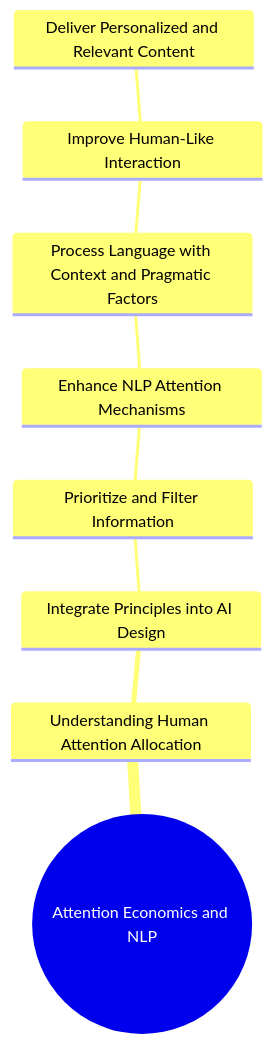
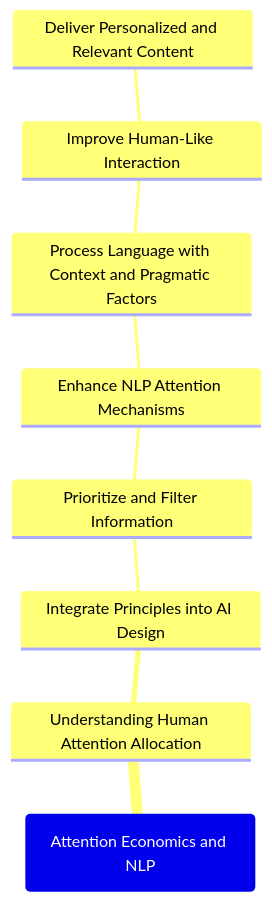
Before and after one commit to antomon/antomon.github.io: the sixth of 6 diagrams in posts/attentions/index.qmd, drawn with Mermaid. The commit also changed other lines of this file and 6 other files, not shown here.

````diff
--- a/posts/attentions/index.qmd
+++ b/posts/attentions/index.qmd
@@ -188,11 +188,11 @@
 ```{mermaid}
 mindmap
-  root((Attention Economics and NLP))
+  root(Attention Economics and NLP)
     Understanding Human Attention Allocation
       Integrate Principles into AI Design
         Prioritize and Filter Information
           Enhance NLP Attention Mechanisms
             Process Language with Context and Pragmatic Factors
               Improve Human-Like Interaction
                 Deliver Personalized and Relevant Content
 ```
````
